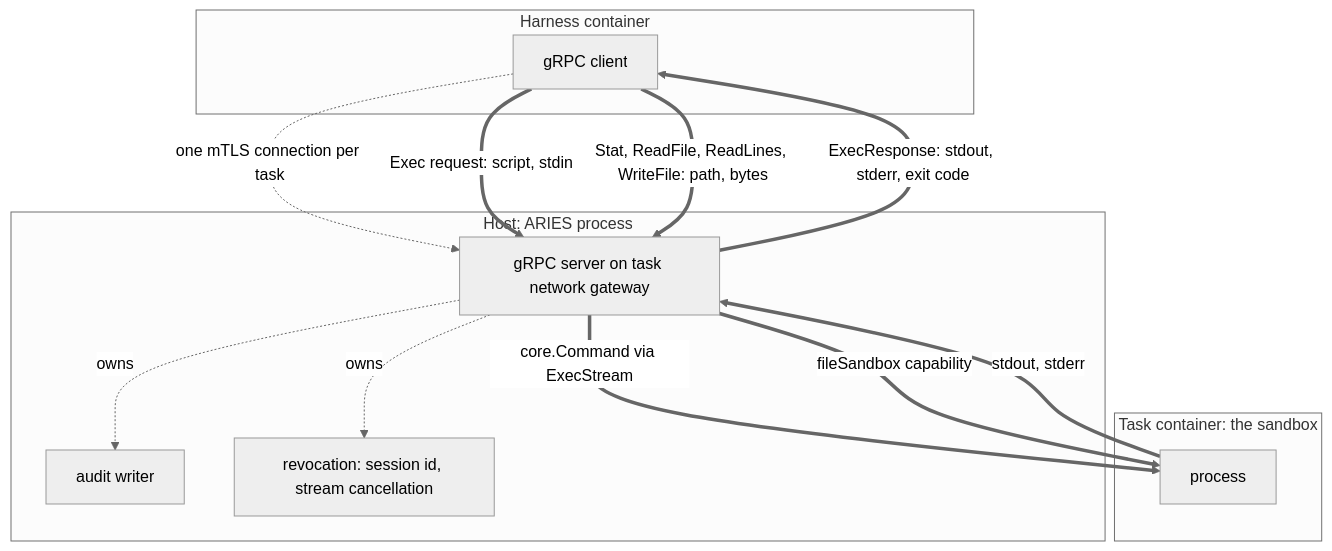
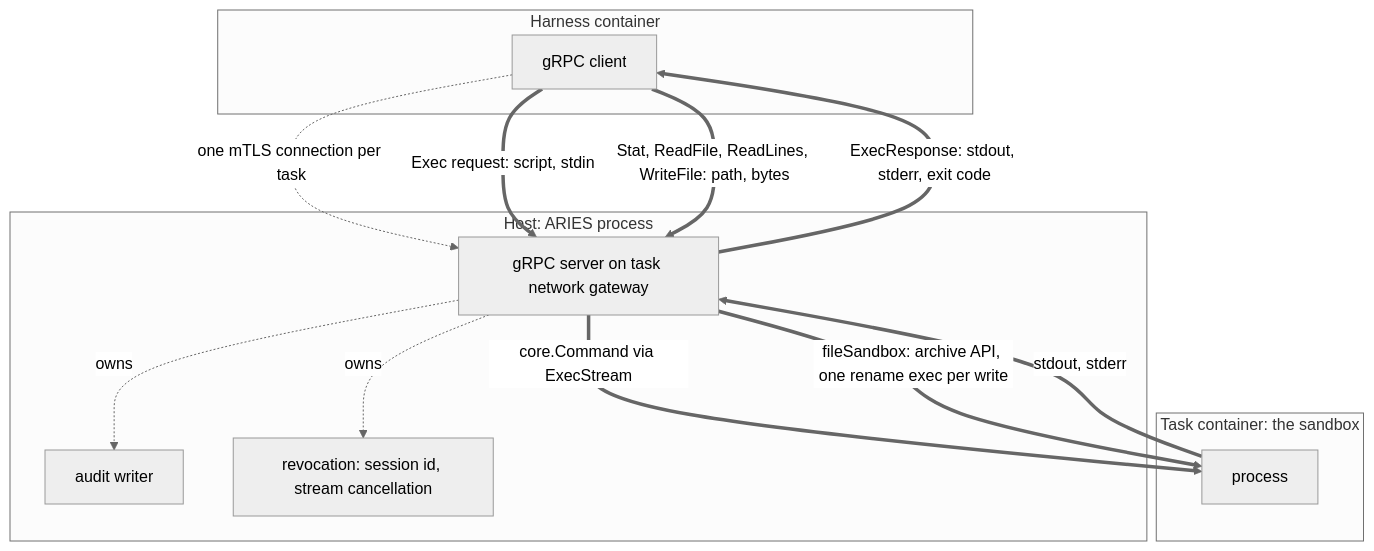
The diagram in docs/design/grpc-bridge.md (hyscale-lab/ARIES), drawn with Mermaid (neutral theme) before and after one commit. The commit also changed other lines of this file and 1 other file, not shown here.

````diff
--- a/docs/design/grpc-bridge.md
+++ b/docs/design/grpc-bridge.md
@@ -21,27 +23,27 @@
 ```mermaid
 flowchart TB
     subgraph H["Harness container"]
         C["gRPC client"]
     end
 
     subgraph P["Host: ARIES process"]
         G["gRPC server on task network gateway"]
         A["audit writer"]
         R["revocation: session id, stream cancellation"]
     end
 
     subgraph S["Task container: the sandbox"]
         T["process"]
     end
 
     C -. one mTLS connection per task .-> G
     G -. owns .-> A
     G -. owns .-> R
 
     C ==>|Exec request: script, stdin| G
     G ==>|core.Command via ExecStream| T
     T ==>|stdout, stderr| G
     G ==>|ExecResponse: stdout, stderr, exit code| C
     C ==>|Stat, ReadFile, ReadLines, WriteFile: path, bytes| G
-    G ==>|fileSandbox capability| T
+    G ==>|fileSandbox: archive API, one rename exec per write| T
 ```
````
